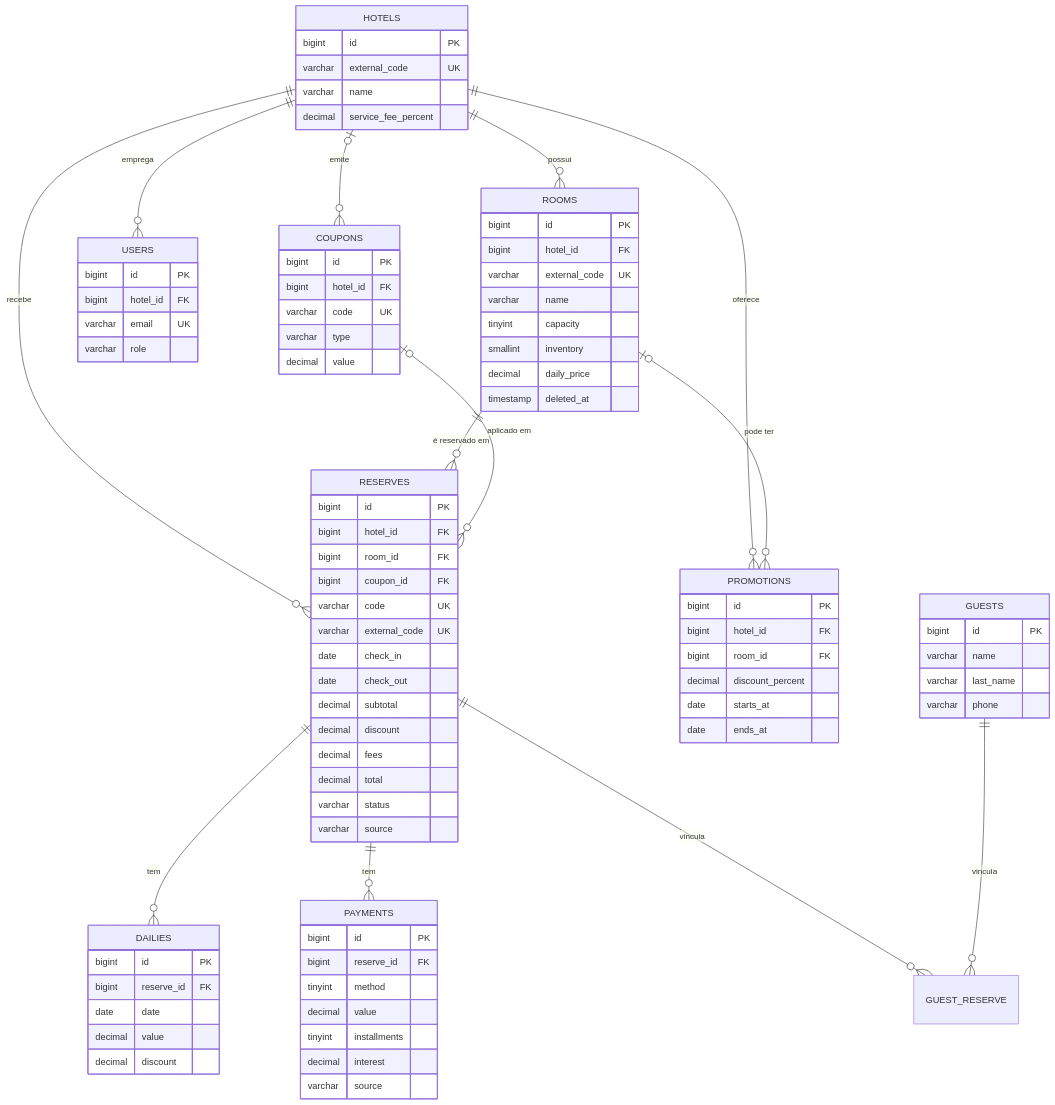
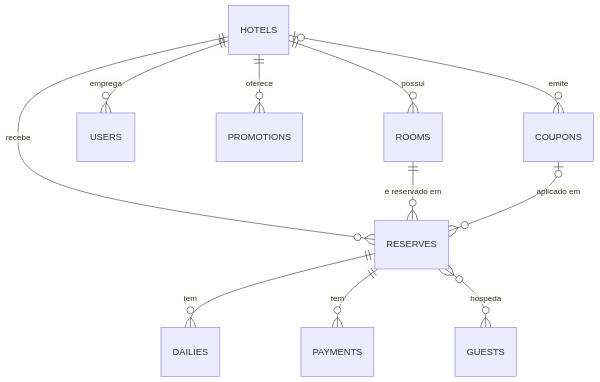
Before and after one commit to EduardoSL0/desafio-foco-hotel-api: the diagram in README.md, drawn with Mermaid. The commit also changed other lines of this file, not shown here.

````diff
--- a/README.md
+++ b/README.md
@@ -213,90 +80,12 @@
 erDiagram
     HOTELS ||--o{ ROOMS : possui
     HOTELS ||--o{ RESERVES : recebe
-    HOTELS ||--o{ USERS : "emprega"
+    HOTELS ||--o{ USERS : emprega
     HOTELS ||--o{ PROMOTIONS : oferece
     HOTELS |o--o{ COUPONS : emite
     ROOMS ||--o{ RESERVES : "é reservado em"
-    ROOMS |o--o{ PROMOTIONS : "pode ter"
     COUPONS |o--o{ RESERVES : "aplicado em"
-    RESERVES ||--o{ DAILIES : "tem"
-    RESERVES ||--o{ PAYMENTS : "tem"
-    RESERVES ||--o{ GUEST_RESERVE : vincula
-    GUESTS ||--o{ GUEST_RESERVE : vincula
-
-    HOTELS {
-        bigint id PK
-        varchar external_code UK
-        varchar name
-        decimal service_fee_percent
-    }
-    ROOMS {
-        bigint id PK
-        bigint hotel_id FK
-        varchar external_code UK
-        varchar name
-        tinyint capacity
-        smallint inventory
-        decimal daily_price
-        timestamp deleted_at
-    }
-    RESERVES {
-        bigint id PK
-        bigint hotel_id FK
-        bigint room_id FK
-        bigint coupon_id FK
-        varchar code UK
-        varchar external_code UK
-        date check_in
-        date check_out
-        decimal subtotal
-        decimal discount
-        decimal fees
-        decimal total
-        varchar status
-        varchar source
-    }
-    GUESTS {
-        bigint id PK
-        varchar name
-        varchar last_name
-        varchar phone
-    }
-    DAILIES {
-        bigint id PK
-        bigint reserve_id FK
-        date date
-        decimal value
-        decimal discount
-    }
-    PAYMENTS {
-        bigint id PK
-        bigint reserve_id FK
-        tinyint method
-        decimal value
-        tinyint installments
-        decimal interest
-        varchar source
-    }
-    COUPONS {
-        bigint id PK
-        bigint hotel_id FK
-        varchar code UK
-        varchar type
-        decimal value
-    }
-    PROMOTIONS {
-        bigint id PK
-        bigint hotel_id FK
-        bigint room_id FK
-        decimal discount_percent
-        date starts_at
-        date ends_at
-    }
-    USERS {
-        bigint id PK
-        bigint hotel_id FK
-        varchar email UK
-        varchar role
-    }
+    RESERVES ||--o{ DAILIES : tem
+    RESERVES ||--o{ PAYMENTS : tem
+    RESERVES }o--o{ GUESTS : hospeda
 ```
````
